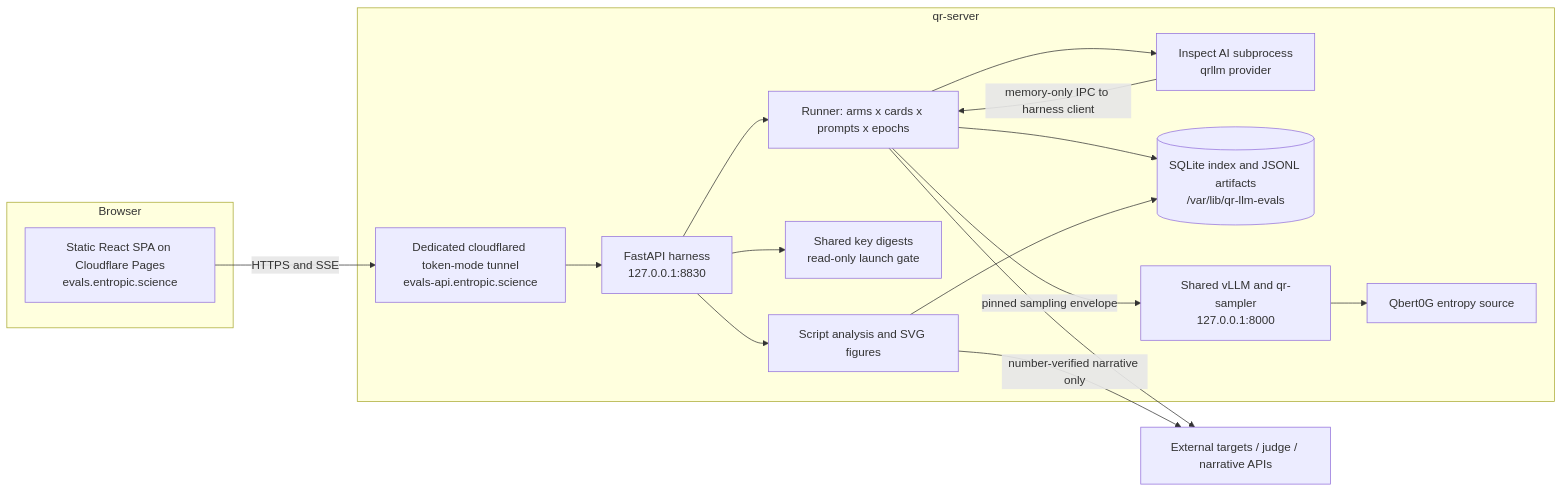
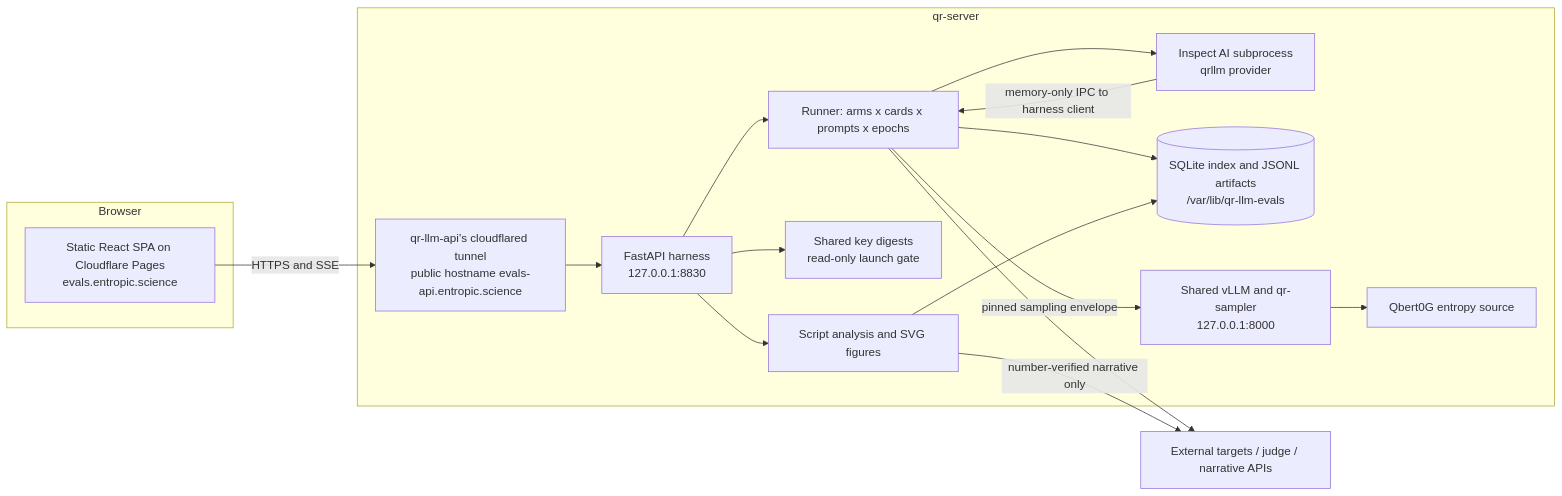
The diagram in docs/DESIGN.md (Entropic-Science/qr-llm-evals), drawn with Mermaid before and after one commit. The commit also changed other lines of this file and 10 other files, not shown here.

First line of the commit message:
Serve the API hostname through the qr-llm-api tunnel

````diff
--- a/docs/DESIGN.md
+++ b/docs/DESIGN.md
@@ -13,31 +13,31 @@
 ```mermaid
 flowchart LR
   subgraph browser [Browser]
     SPA[Static React SPA on Cloudflare Pages<br/>evals.entropic.science]
   end
   subgraph box [qr-server]
-    CF[Dedicated cloudflared token-mode tunnel<br/>evals-api.entropic.science]
+    CF[qr-llm-api's cloudflared tunnel<br/>public hostname evals-api.entropic.science]
     API[FastAPI harness<br/>127.0.0.1:8830]
     RUN[Runner: arms x cards x prompts x epochs]
     INS[Inspect AI subprocess<br/>qrllm provider]
     ST[(SQLite index and JSONL artifacts<br/>/var/lib/qr-llm-evals)]
     KEYS[Shared key digests<br/>read-only launch gate]
     VLLM[Shared vLLM and qr-sampler<br/>127.0.0.1:8000]
     QB[Qbert0G entropy source]
     AN[Script analysis and SVG figures]
   end
   EXT[External targets / judge / narrative APIs]
   SPA -->|HTTPS and SSE| CF
   CF --> API
   API --> KEYS
   API --> RUN
   RUN --> INS
   INS -->|memory-only IPC to harness client| RUN
   RUN -->|pinned sampling envelope| VLLM
   VLLM --> QB
   RUN --> EXT
   RUN --> ST
   API --> AN
   AN --> ST
   AN -->|number-verified narrative only| EXT
 ```
````
